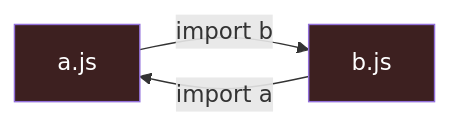
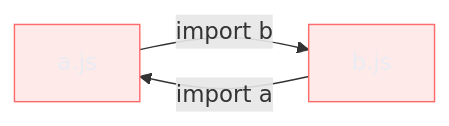
The fourth of 10 diagrams in 03-Dominios/Tecnologia/Tooling e Build/07 - O grafo de módulos e o que é bundling.md (josenaldo/codex-technomanticus), drawn with Mermaid before and after one commit. The commit also changed other lines of this file and 1181 other files, not shown here.

First line of the commit message:
fix(diagramas): paleta do sistema no lugar de cor cravada no markdown

````diff
--- a/03-Dominios/Tecnologia/Tooling e Build/07 - O grafo de módulos e o que é bundling.md
+++ b/03-Dominios/Tecnologia/Tooling e Build/07 - O grafo de módulos e o que é bundling.md
@@ -274,8 +278,9 @@
 ```mermaid
 graph LR
+    classDef falha fill:#FF6B6B24,stroke:#FF6B6B,color:#E9ECF2
     A["a.js"] -->|"import b"| B["b.js"]
     B -->|"import a"| A
 
-    style A fill:#3d2020,color:#fff
-    style B fill:#3d2020,color:#fff
+    class A falha
+    class B falha
 ```
````
